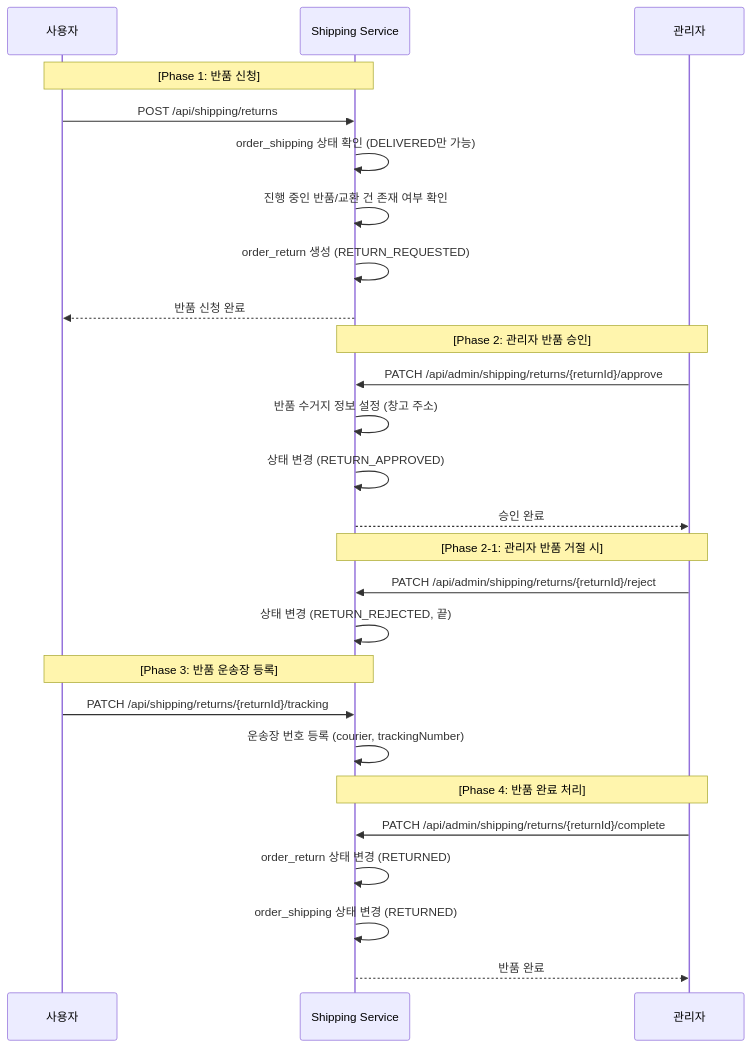
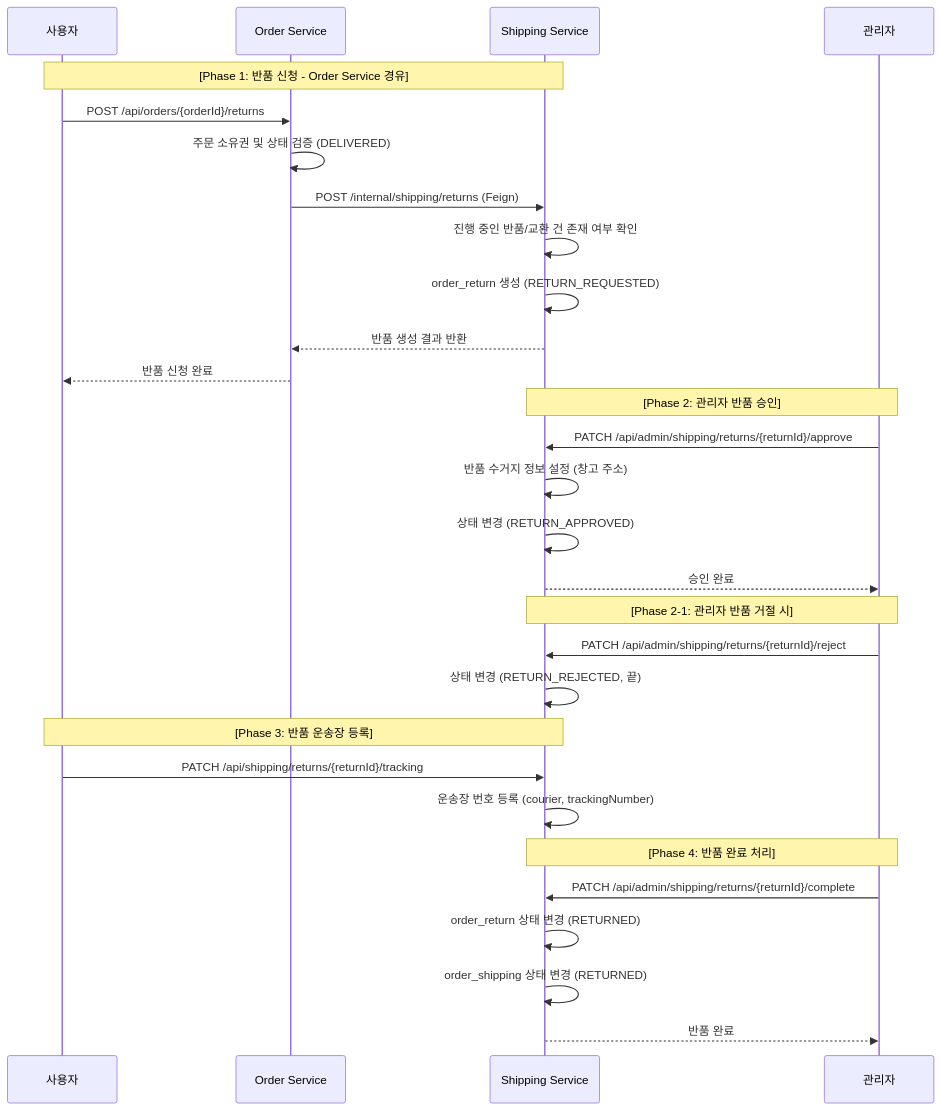
The third of 4 diagrams in service/shipping-service/README.md (gr1993/ecommerce-msa), drawn with Mermaid before and after one commit. The commit also changed other lines of this file, not shown here.

Commit message:
docs(shipping): README 파일 반품, 교환 프로세스 문구 수정

````diff
--- a/service/shipping-service/README.md
+++ b/service/shipping-service/README.md
@@ -111,33 +115,36 @@
 ```mermaid
 sequenceDiagram
     participant User as 사용자
+    participant Order as Order Service
     participant Ship as Shipping Service
     participant Admin as 관리자
 
-    Note over User, Ship: [Phase 1: 반품 신청]
-    User->>Ship: POST /api/shipping/returns
-    Ship->>Ship: order_shipping 상태 확인 (DELIVERED만 가능)
+    Note over User, Ship: [Phase 1: 반품 신청 - Order Service 경유]
+    User->>Order: POST /api/orders/{orderId}/returns
+    Order->>Order: 주문 소유권 및 상태 검증 (DELIVERED)
+    Order->>Ship: POST /internal/shipping/returns (Feign)
     Ship->>Ship: 진행 중인 반품/교환 건 존재 여부 확인
     Ship->>Ship: order_return 생성 (RETURN_REQUESTED)
-    Ship-->>User: 반품 신청 완료
+    Ship-->>Order: 반품 생성 결과 반환
+    Order-->>User: 반품 신청 완료
 
     Note over Admin, Ship: [Phase 2: 관리자 반품 승인]
     Admin->>Ship: PATCH /api/admin/shipping/returns/{returnId}/approve
     Ship->>Ship: 반품 수거지 정보 설정 (창고 주소)
     Ship->>Ship: 상태 변경 (RETURN_APPROVED)
     Ship-->>Admin: 승인 완료
 
     Note over Admin, Ship: [Phase 2-1: 관리자 반품 거절 시]
     Admin->>Ship: PATCH /api/admin/shipping/returns/{returnId}/reject
     Ship->>Ship: 상태 변경 (RETURN_REJECTED, 끝)
 
     Note over User, Ship: [Phase 3: 반품 운송장 등록]
     User->>Ship: PATCH /api/shipping/returns/{returnId}/tracking
     Ship->>Ship: 운송장 번호 등록 (courier, trackingNumber)
 
     Note over Admin, Ship: [Phase 4: 반품 완료 처리]
     Admin->>Ship: PATCH /api/admin/shipping/returns/{returnId}/complete
     Ship->>Ship: order_return 상태 변경 (RETURNED)
     Ship->>Ship: order_shipping 상태 변경 (RETURNED)
     Ship-->>Admin: 반품 완료
 ```
````
